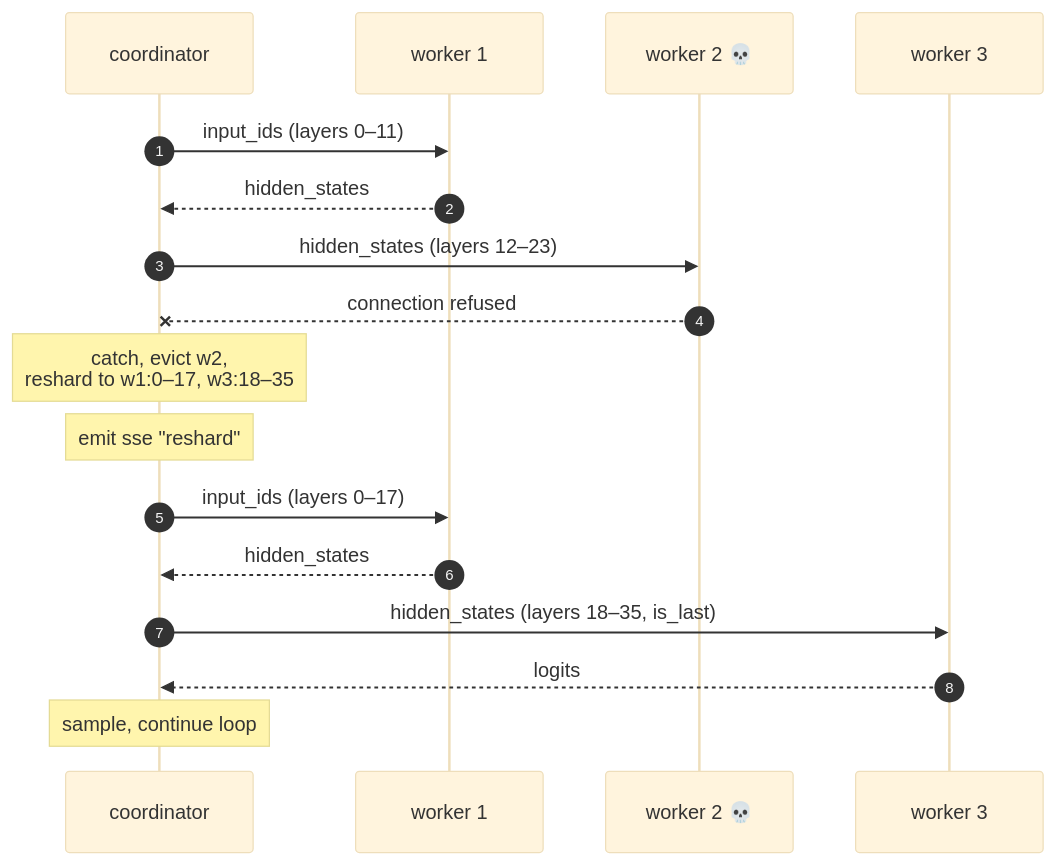
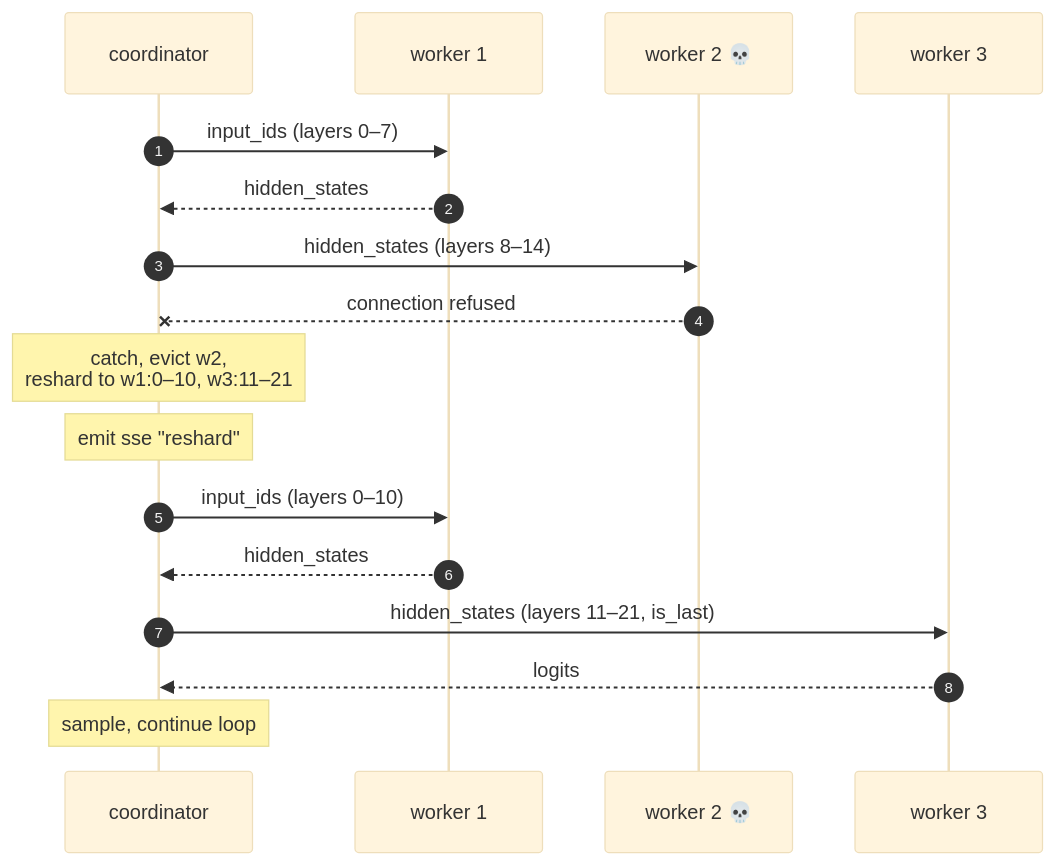
One commit to Nixxx19/lattice9 changed the third of 3 diagrams in README.md. Above: the diagram before and after it, drawn with Mermaid (base theme). The commit also changed other lines of this file and 9 other files, not shown here.

````diff
--- a/README.md
+++ b/README.md
@@ -88,20 +88,20 @@
 ```mermaid
 sequenceDiagram
     autonumber
     participant c as coordinator
     participant w1 as worker 1
     participant w2 as worker 2 💀
     participant w3 as worker 3
 
-    c->>w1: input_ids (layers 0–11)
+    c->>w1: input_ids (layers 0–7)
     w1-->>c: hidden_states
-    c->>w2: hidden_states (layers 12–23)
+    c->>w2: hidden_states (layers 8–14)
     w2--xc: connection refused
-    note over c: catch, evict w2,<br/>reshard to w1:0–17, w3:18–35
+    note over c: catch, evict w2,<br/>reshard to w1:0–10, w3:11–21
     note over c: emit sse "reshard"
-    c->>w1: input_ids (layers 0–17)
+    c->>w1: input_ids (layers 0–10)
     w1-->>c: hidden_states
-    c->>w3: hidden_states (layers 18–35, is_last)
+    c->>w3: hidden_states (layers 11–21, is_last)
     w3-->>c: logits
     note over c: sample, continue loop
 ```
````
